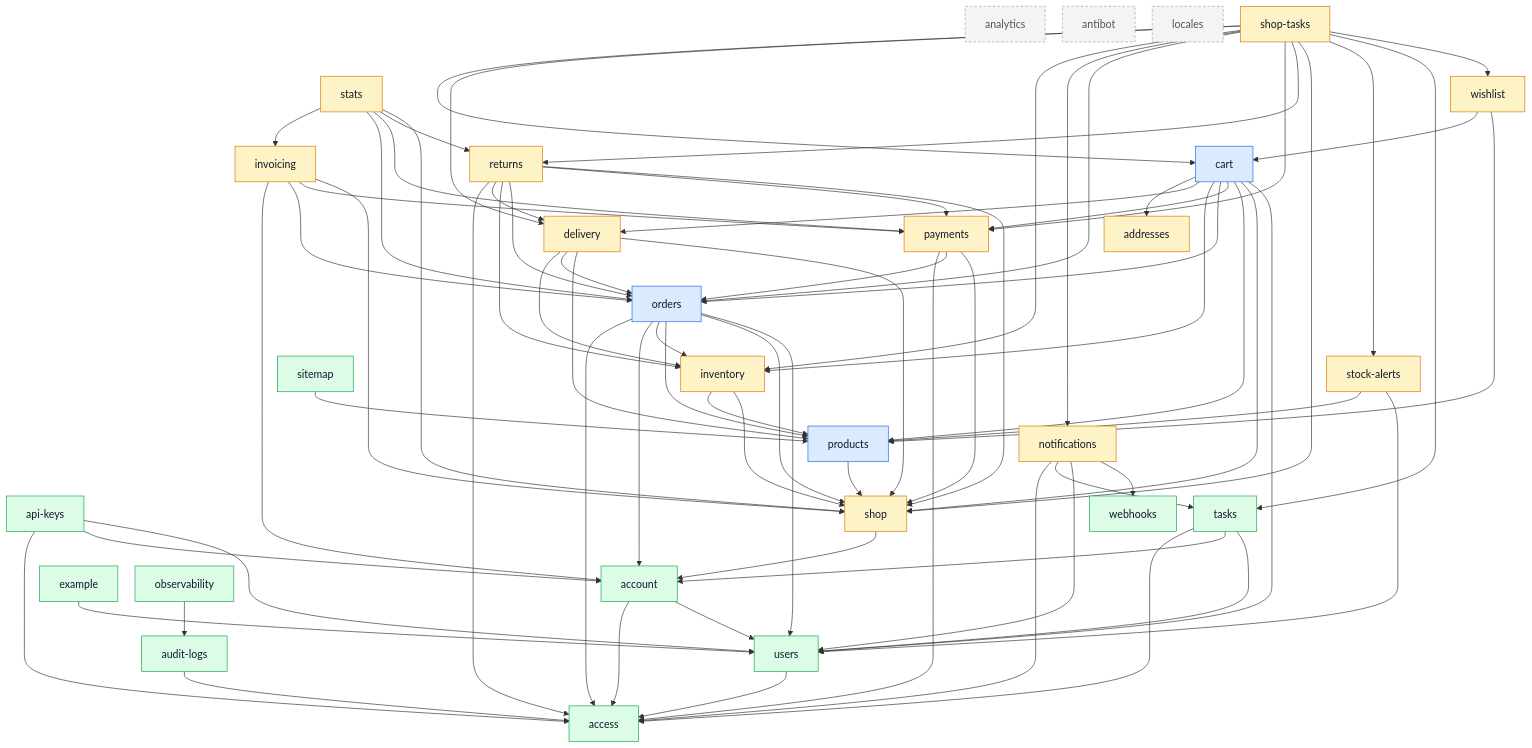
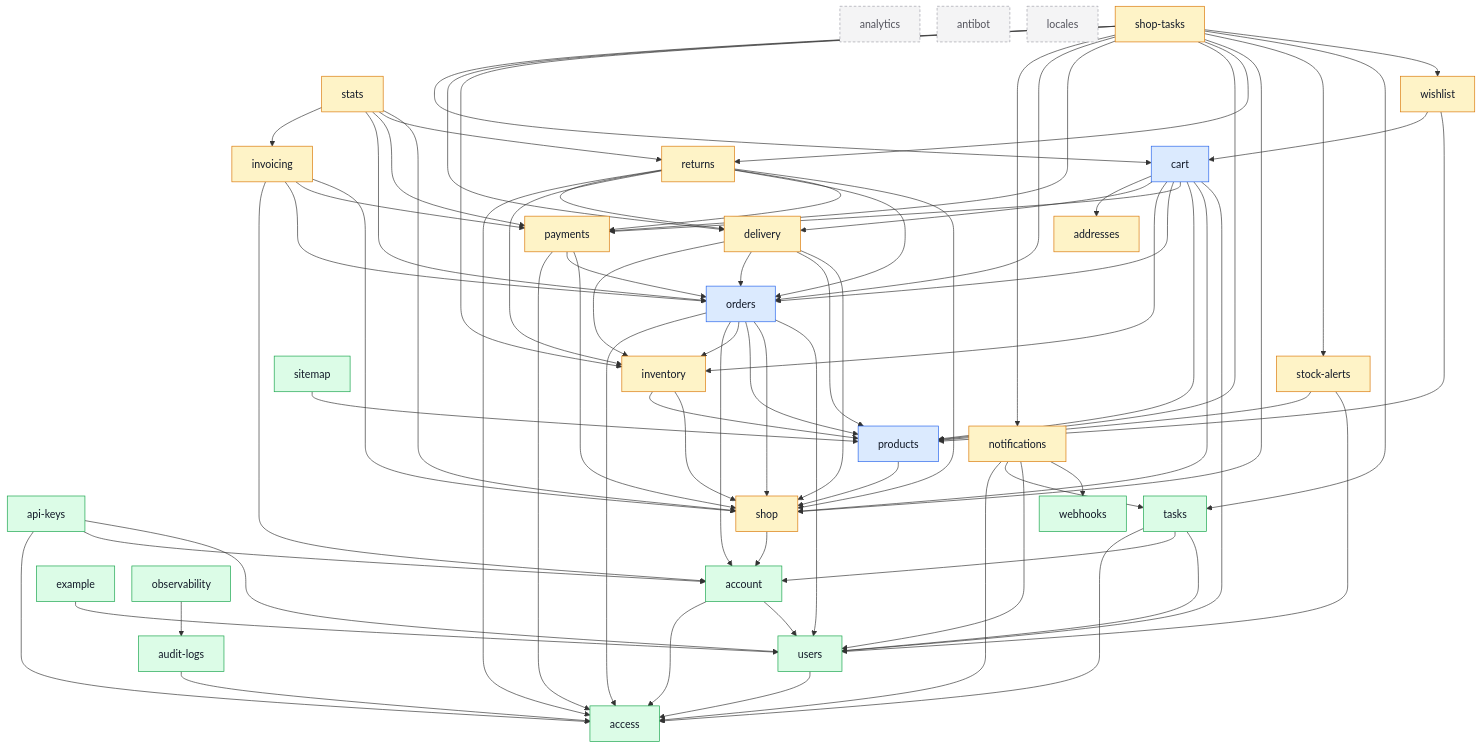
The diagram in docs/modules/index.md (Guebbit/boilerplate-node-backend), drawn with Mermaid before and after one commit. The commit also changed other lines of this file and 55 other files, not shown here.

```diff
--- a/docs/modules/index.md
+++ b/docs/modules/index.md
@@ -122,6 +122,7 @@
     shop_tasks --> notifications
     shop_tasks --> orders
     shop_tasks --> payments
+    shop_tasks --> products
     shop_tasks --> returns
     shop_tasks --> shop
     shop_tasks --> stock_alerts
```
